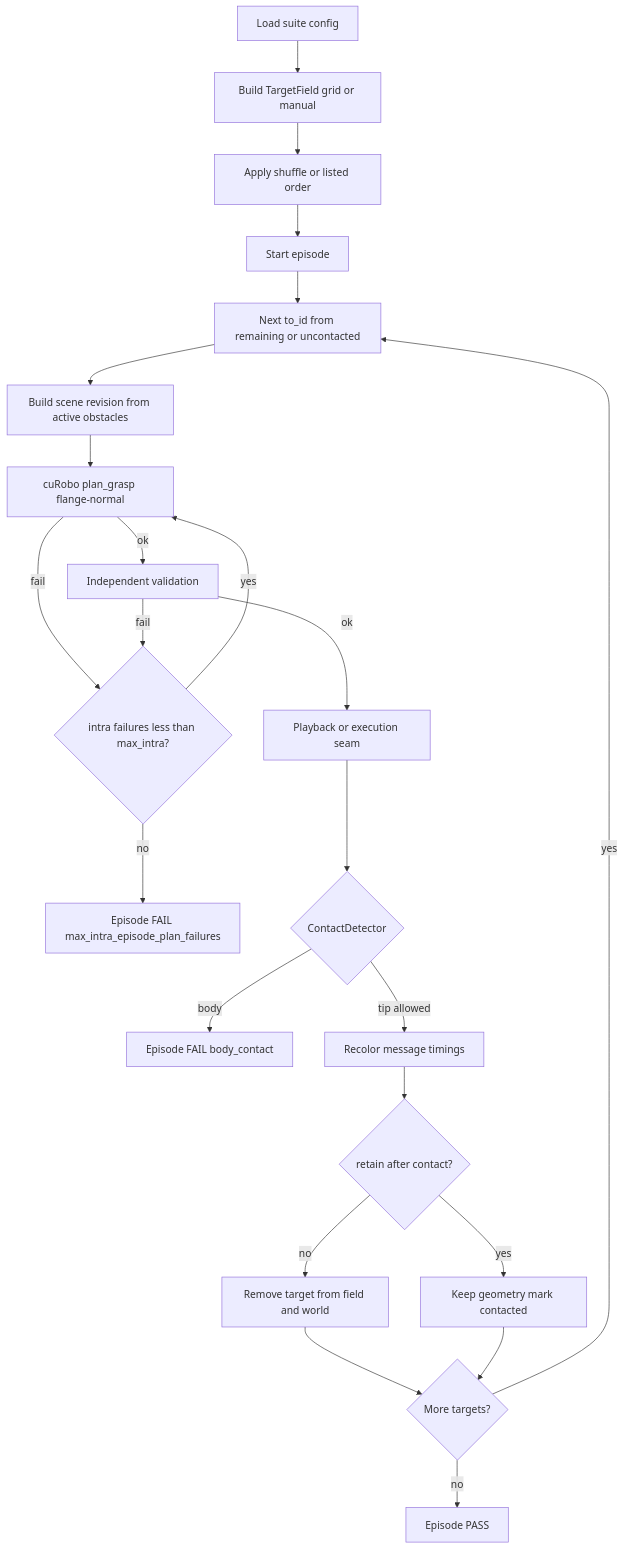
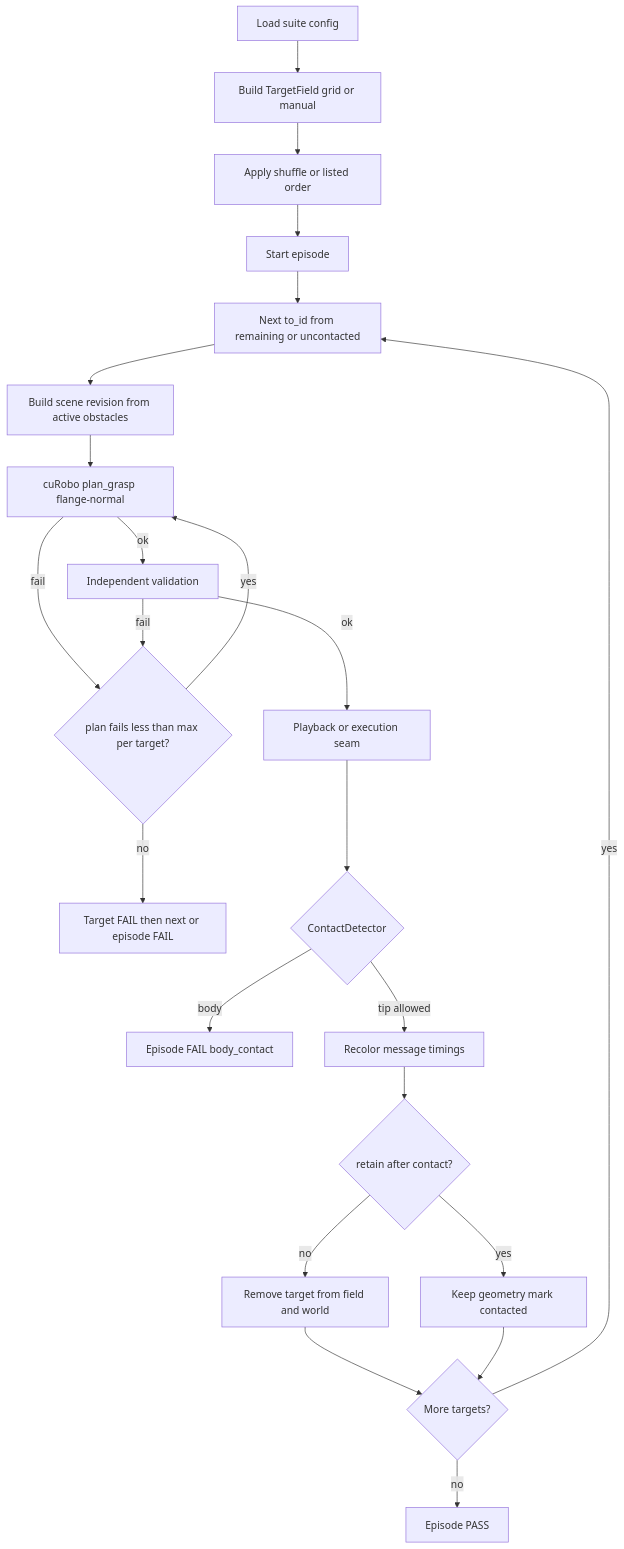
One commit to jywilson2/spark_isaac_mycobot_v3 changed the diagram in docs/phase7_2_multi_target_contact.md. Above: the diagram before and after it, drawn with Mermaid. The commit also changed other lines of this file and 25 other files, not shown here.

First line of the commit message:
feat: implement Phase 7.2 multi-target suite with three-tier failures

````diff
--- a/docs/phase7_2_multi_target_contact.md
+++ b/docs/phase7_2_multi_target_contact.md
@@ -110,25 +112,25 @@
 ```mermaid
 flowchart TD
   cfg[Load suite config] --> field[Build TargetField grid or manual]
   field --> order[Apply shuffle or listed order]
   order --> ep[Start episode]
   ep --> leg[Next to_id from remaining or uncontacted]
   leg --> world[Build scene revision from active obstacles]
   world --> plan[cuRobo plan_grasp flange-normal]
-  plan -->|fail| retry{intra failures less than max_intra?}
+  plan -->|fail| retry{plan fails less than max per target?}
   retry -->|yes| plan
-  retry -->|no| failEp[Episode FAIL max_intra_episode_plan_failures]
+  retry -->|no| failTgt[Target FAIL then next or episode FAIL]
   plan -->|ok| val[Independent validation]
   val -->|fail| retry
   val -->|ok| exec[Playback or execution seam]
   exec --> contact{ContactDetector}
   contact -->|body| failBody[Episode FAIL body_contact]
   contact -->|tip allowed| mark[Recolor message timings]
   mark --> retain{retain after contact?}
   retain -->|no| remove[Remove target from field and world]
   retain -->|yes| keep[Keep geometry mark contacted]
   remove --> more{More targets?}
   keep --> more
   more -->|yes| leg
   more -->|no| passEp[Episode PASS]
 ```
````
